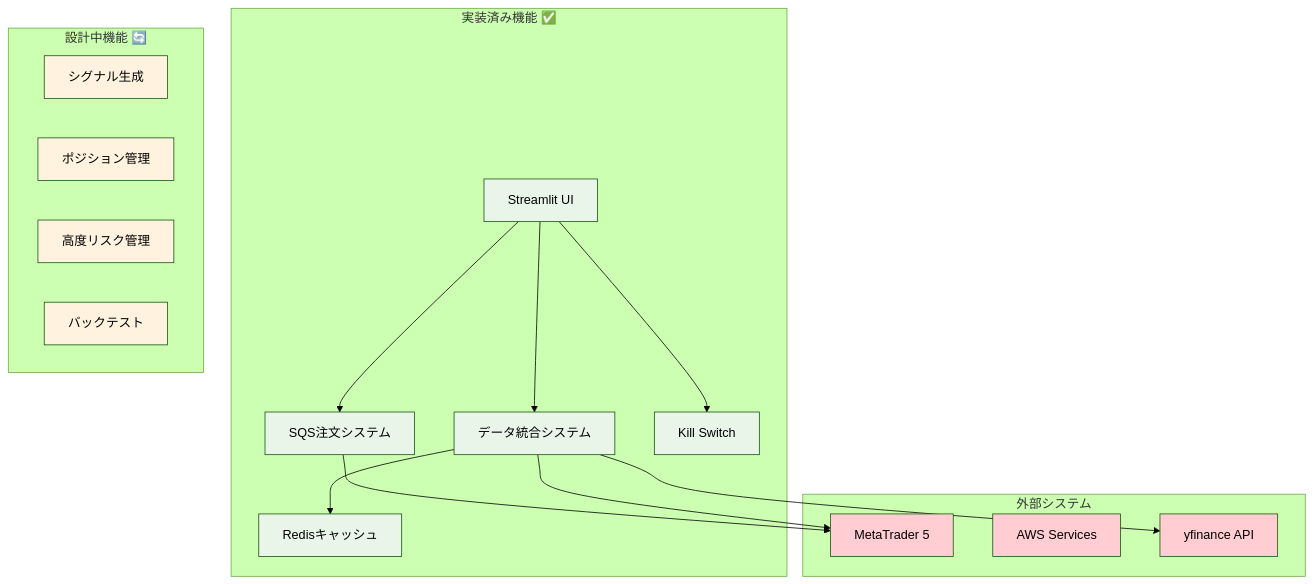
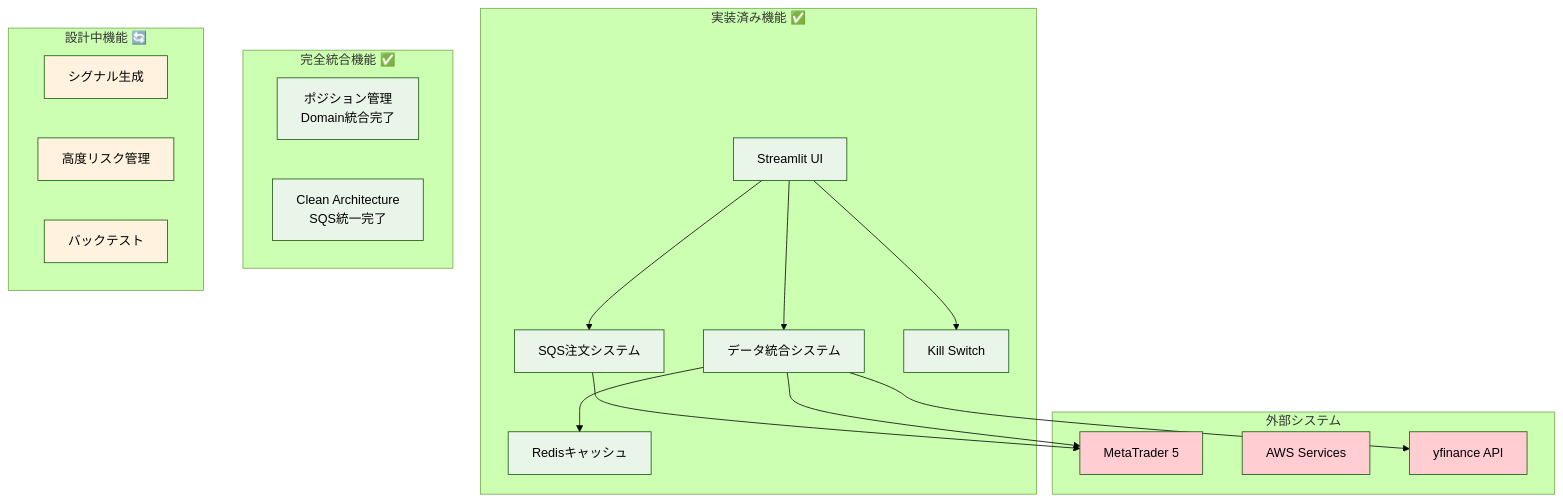
One commit to Riki-22/axia-tss changed the first of 6 diagrams in docs/logical_design/functional_design.md. Above: the diagram before and after it, drawn with Mermaid (forest theme). The commit also changed other lines of this file and 12 other files, not shown here.

````diff
--- a/docs/logical_design/functional_design.md
+++ b/docs/logical_design/functional_design.md
@@ -27,39 +27,43 @@
 ```mermaid
 graph TB
     subgraph "実装済み機能 ✅"
         SQSOrder[SQS注文システム]
         DataIntegration[データ統合システム]
         StreamlitUI[Streamlit UI]
         KillSwitch[Kill Switch]
         RedisCache[Redisキャッシュ]
     end
     
+    subgraph "完全統合機能 ✅"
+        PositionMgmt[ポジション管理<br/>Domain統合完了]
+        CleanArch[Clean Architecture<br/>SQS統一完了]
+    end
+    
     subgraph "設計中機能 🔄"
         SignalGen[シグナル生成]
-        PositionMgmt[ポジション管理]
         RiskMgmt[高度リスク管理]
         Backtest[バックテスト]
     end
     
     subgraph "外部システム"
         MT5[MetaTrader 5]
         AWS[AWS Services]
         YFinance[yfinance API]
     end
     
     StreamlitUI --> SQSOrder
     SQSOrder --> MT5
     DataIntegration --> RedisCache
     DataIntegration --> MT5
     DataIntegration --> YFinance
     StreamlitUI --> DataIntegration
     StreamlitUI --> KillSwitch
     
     classDef implemented fill:#e8f5e8,color:#000
     classDef designing fill:#fff3e0,color:#000
     classDef external fill:#ffcdd2,color:#000
     
-    class SQSOrder,DataIntegration,StreamlitUI,KillSwitch,RedisCache implemented
-    class SignalGen,PositionMgmt,RiskMgmt,Backtest designing
+    class SQSOrder,DataIntegration,StreamlitUI,KillSwitch,RedisCache,PositionMgmt,CleanArch implemented
+    class SignalGen,RiskMgmt,Backtest designing
     class MT5,AWS,YFinance external
 ```
````
